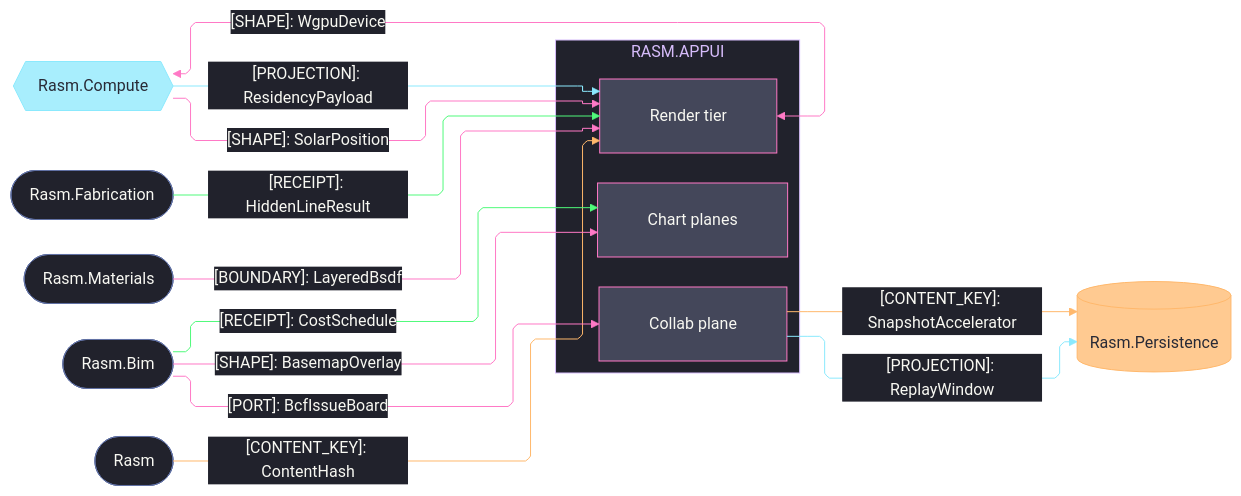
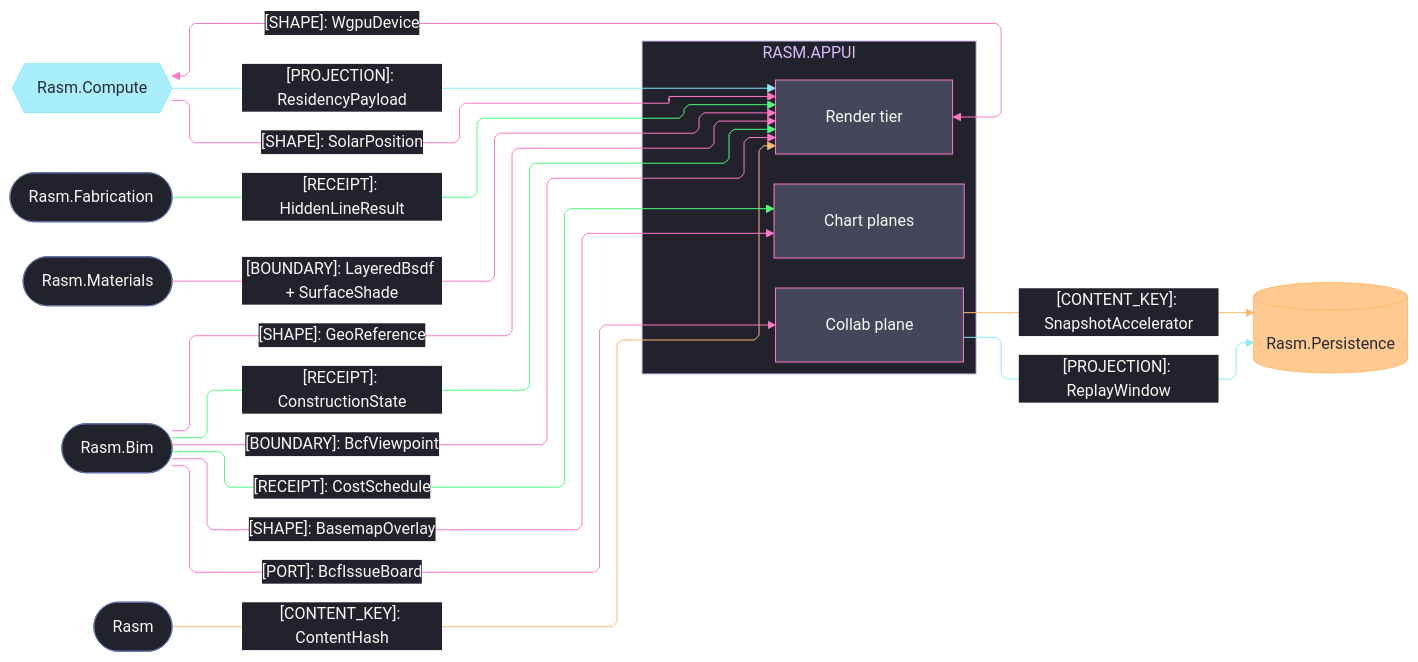
The first of 2 diagrams in libs/csharp/Rasm.AppUi/ARCHITECTURE.md (bsamiee/Rasm), drawn with Mermaid before and after one commit. The commit also changed other lines of this file and 64 other files, not shown here.

````diff
--- a/libs/csharp/Rasm.AppUi/ARCHITECTURE.md
+++ b/libs/csharp/Rasm.AppUi/ARCHITECTURE.md
@@ -68,69 +68,72 @@
 ```mermaid
 ---
 config:
   theme: base
   look: classic
   layout: elk
   flowchart:
     curve: linear
     padding: 25
   themeVariables:
     darkMode: true
     fontFamily: "SF Mono, Menlo, Cascadia Mono, Segoe UI Mono, Consolas, monospace"
     useGradient: false
     dropShadow: "none"
     background: "#282A36"
     primaryColor: "#44475A"
     primaryTextColor: "#F8F8F2"
     primaryBorderColor: "#BD93F9"
     lineColor: "#FF79C6"
     textColor: "#F8F8F2"
     clusterBkg: "#21222C"
     clusterBorder: "#D6BCFA"
     edgeLabelBackground: "#21222C"
     labelBackgroundColor: "#21222C"
     titleColor: "#D6BCFA"
   themeCSS: ".nodeLabel{font-size:13px;font-weight:500}.edgeLabel{font-size:12px;font-weight:500}.cluster-label .nodeLabel{font-size:13.5px;font-weight:700;letter-spacing:.08em}.edge-thickness-normal{stroke-width:2px}.edge-thickness-thick{stroke-width:3px}.edge-pattern-dashed,.edge-pattern-dotted{stroke-width:1.5px;stroke-dasharray:4 6}.node rect,.node circle,.node polygon,.node path,.node .outer-path{stroke-width:1.5px;filter:none!important}.cluster rect{stroke-width:1px!important;stroke-dasharray:5 4!important;filter:none!important}.marker path{transform:scale(.8);transform-origin:5px 5px}.marker circle{transform:scale(.48);transform-origin:5px 5px}.edgeLabel rect{transform-box:fill-box;transform-origin:center;transform:scale(1.1,1.2)}"
 ---
 flowchart LR
     accTitle: AppUi AEC-domain, render-source, and storage seams
     accDescr: AppUi render, chart, and collaboration owners exchanging residency projections, receipts, boundaries, content keys, and shared-device shapes with the AEC peers Compute, Fabrication, Materials, Bim, the kernel, and the Persistence store, edge rails colored by kind and nodes classed by seam direction.
     subgraph appui[RASM.APPUI]
         Render[Render tier]
         Charts[Chart planes]
         Collab[Collab plane]
     end
     Compute{{Rasm.Compute}}
     Fabrication([Rasm.Fabrication])
     Materials([Rasm.Materials])
     Bim([Rasm.Bim])
     Rasm([Rasm])
     Persistence[(Rasm.Persistence)]
     Compute e1@-->|"[PROJECTION]: ResidencyPayload"| Render
     Render e2@<-->|"[SHAPE]: WgpuDevice"| Compute
     Compute e3@-->|"[SHAPE]: SolarPosition"| Render
     Fabrication e4@-->|"[RECEIPT]: HiddenLineResult"| Render
-    Materials e5@-->|"[BOUNDARY]: LayeredBsdf"| Render
+    Materials e5@-->|"[BOUNDARY]: LayeredBsdf + SurfaceShade"| Render
     Rasm e6@-->|"[CONTENT_KEY]: ContentHash"| Render
     Bim e7@-->|"[SHAPE]: BasemapOverlay"| Charts
     Bim e8@-->|"[RECEIPT]: CostSchedule"| Charts
     Bim e9@-->|"[PORT]: BcfIssueBoard"| Collab
     Collab e10@-->|"[PROJECTION]: ReplayWindow"| Persistence
     Collab e11@-->|"[CONTENT_KEY]: SnapshotAccelerator"| Persistence
+    Bim e12@-->|"[RECEIPT]: ConstructionState"| Render
+    Bim e13@-->|"[BOUNDARY]: BcfViewpoint"| Render
+    Bim e14@-->|"[SHAPE]: GeoReference"| Render
     classDef primary fill:#44475A,stroke:#FF79C6,color:#F8F8F2
     classDef external fill:#8BE9FDBF,stroke:#8BE9FD,color:#282A36
     classDef data fill:#FFB86CBF,stroke:#FFB86C,color:#282A36
     classDef annotation fill:#21222C,stroke:#6272A4,color:#F8F8F2
     classDef edgeData stroke:#FFB86C,color:#F8F8F2
     classDef edgeSuccess stroke:#50FA7B,color:#F8F8F2
     classDef edgeExternal stroke:#8BE9FD,color:#F8F8F2
     classDef edgeControl stroke:#FF79C6,color:#F8F8F2
     class Render,Charts,Collab primary
     class Compute external
     class Persistence data
     class Fabrication,Materials,Bim,Rasm annotation
     class e6,e11 edgeData
-    class e4,e8 edgeSuccess
+    class e4,e8,e12 edgeSuccess
     class e1,e10 edgeExternal
-    class e2,e3,e5,e7,e9 edgeControl
+    class e2,e3,e5,e7,e9,e13,e14 edgeControl
 ```
````
